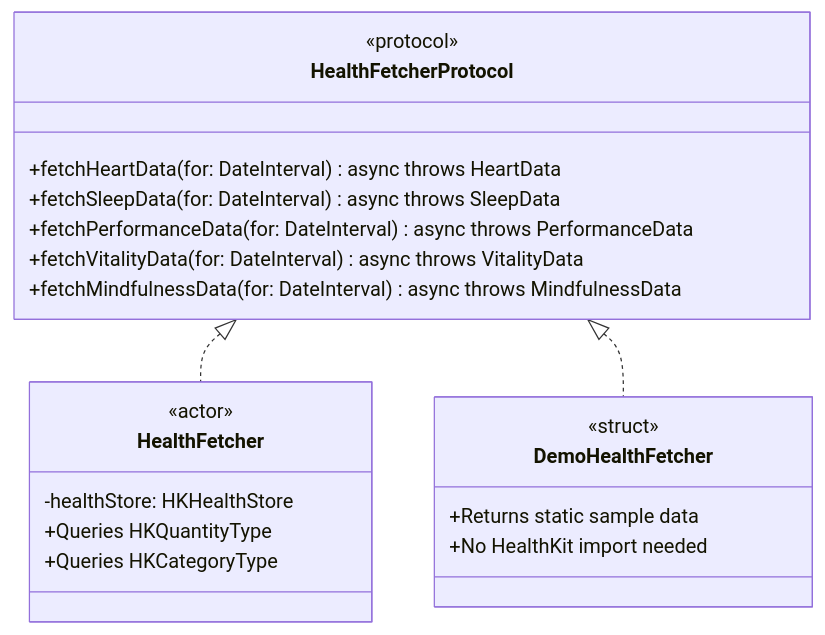
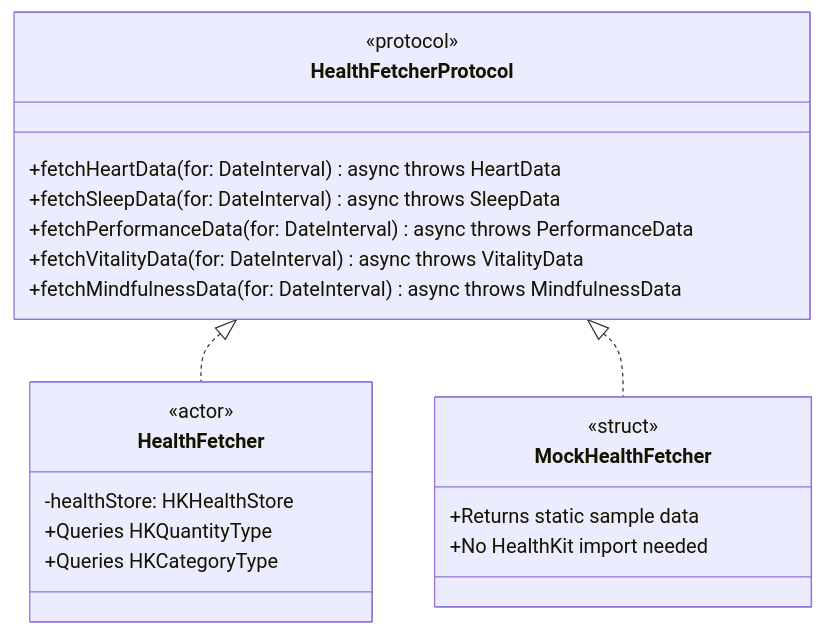
One commit to milesofmichael/HealthyMe changed the third of 3 diagrams in system-design/demo-mode-design.md. Above: the diagram before and after it, drawn with Mermaid. The commit also changed other lines of this file and 1 other file, not shown here.

````diff
--- a/system-design/demo-mode-design.md
+++ b/system-design/demo-mode-design.md
@@ -168,27 +168,27 @@
 ```mermaid
 classDiagram
     class HealthFetcherProtocol {
         <<protocol>>
         +fetchHeartData(for: DateInterval) async throws HeartData
         +fetchSleepData(for: DateInterval) async throws SleepData
         +fetchPerformanceData(for: DateInterval) async throws PerformanceData
         +fetchVitalityData(for: DateInterval) async throws VitalityData
         +fetchMindfulnessData(for: DateInterval) async throws MindfulnessData
     }
 
     class HealthFetcher {
         <<actor>>
         -healthStore: HKHealthStore
         +Queries HKQuantityType
         +Queries HKCategoryType
     }
 
-    class DemoHealthFetcher {
+    class MockHealthFetcher {
         <<struct>>
         +Returns static sample data
         +No HealthKit import needed
     }
 
     HealthFetcherProtocol <|.. HealthFetcher
-    HealthFetcherProtocol <|.. DemoHealthFetcher
+    HealthFetcherProtocol <|.. MockHealthFetcher
 ```
````
